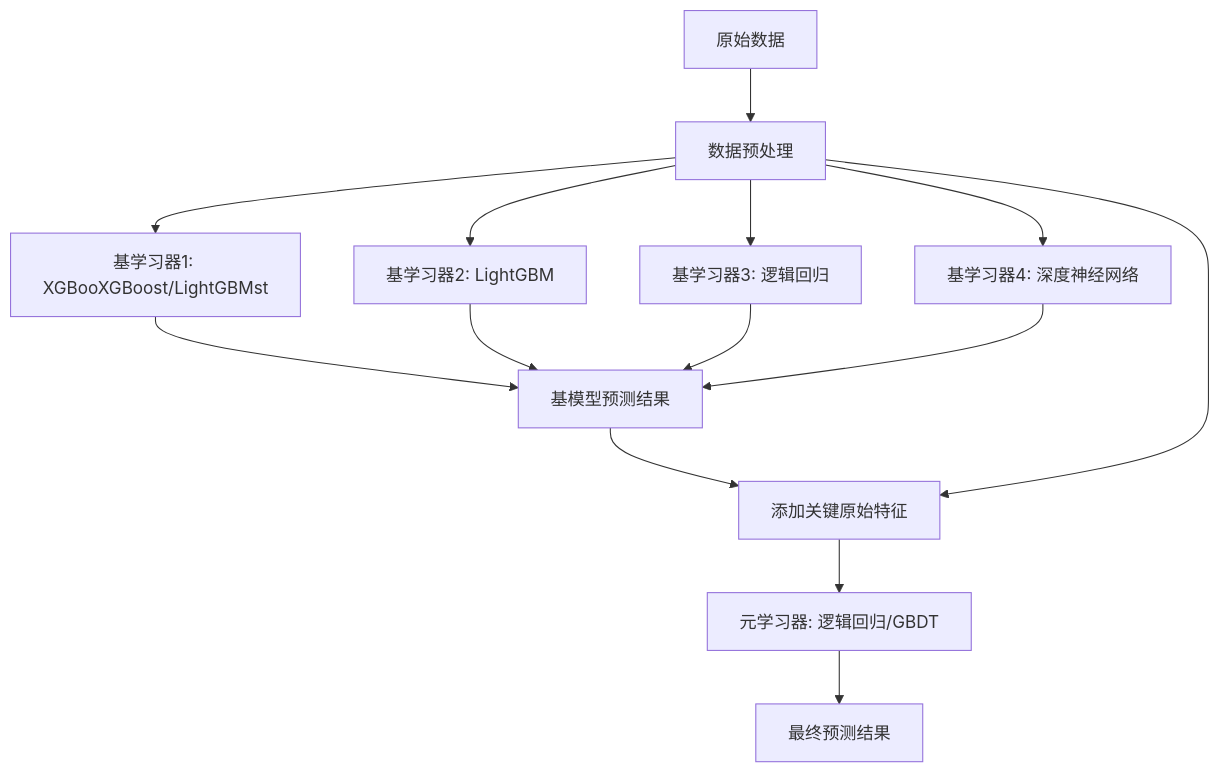
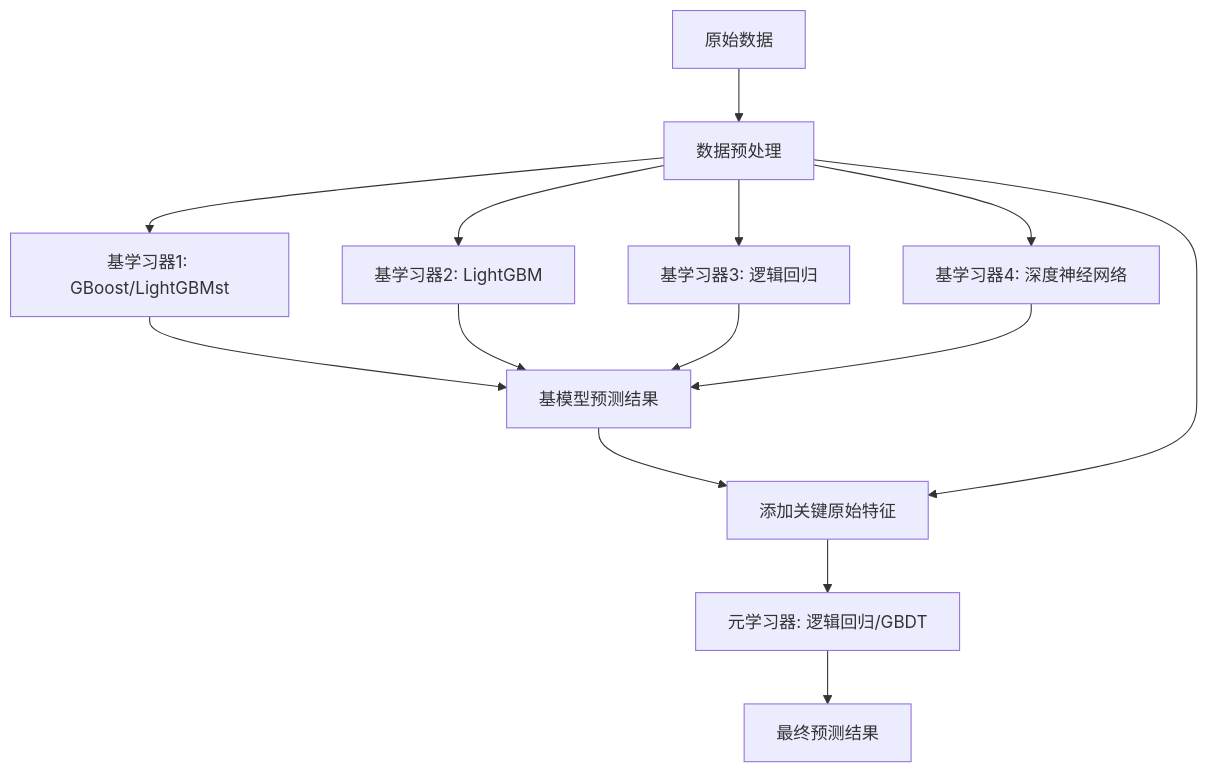
One commit to fromwhitetoblack/iodraw-files changed the diagram in all/未命名.md. Above: the diagram before and after it, drawn with Mermaid.

Commit message:
2025-03-11 11:58:29 update

````diff
--- a/all/未命名.md
+++ b/all/未命名.md
@@ -1,16 +1,16 @@
 ```mermaid
 graph TD
     A[原始数据] --> B[数据预处理]
-    B --> C1[基学习器1: XGBooXGBoost/LightGBMst]
+    B --> C1[基学习器1: GBoost/LightGBMst]
     B --> C2[基学习器2: LightGBM]
     B --> C3[基学习器3: 逻辑回归]
     B --> C4[基学习器4: 深度神经网络]
     C1 --> D[基模型预测结果]
     C2 --> D
     C3 --> D
     C4 --> D
     D --> E[元学习器输入特征]
     B --> E[添加关键原始特征]
     E --> F[元学习器: 逻辑回归/GBDT]
     F --> G[最终预测结果]
 ```
````
